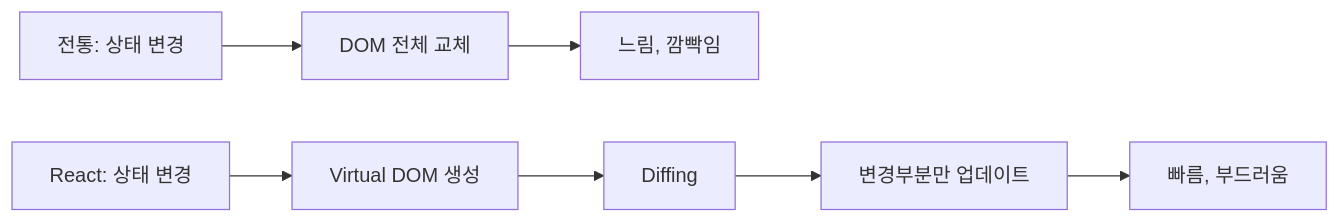
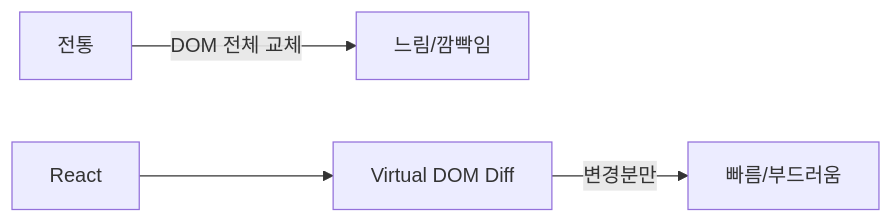
Before and after one commit to yjkim2015/yjkim2015.github.io: the first of 6 diagrams in _posts/frontend/2026-05-02-react-fundamentals.md, drawn with Mermaid. The commit also changed other lines of this file and 163 other files, not shown here.

First line of the commit message:
Mermaid 300개 블록 내용 축소: 5노드 5엣지 이하, 의미 있는 약어

````diff
--- a/_posts/frontend/2026-05-02-react-fundamentals.md
+++ b/_posts/frontend/2026-05-02-react-fundamentals.md
@@ -24,5 +24,6 @@
 ```mermaid
 graph LR
-    A["전통: 상태 변경"] --> B["DOM 전체 교체"] --> D["느림, 깜빡임"]
-    E["React: 상태 변경"] --> F["Virtual DOM 생성"] --> G["Diffing"] --> H["변경부분만 업데이트"] --> I["빠름, 부드러움"]
+    A["전통"] -->|"DOM 전체 교체"| B["느림/깜빡임"]
+    C["React"] --> D["Virtual DOM Diff"]
+    D -->|"변경분만"| E["빠름/부드러움"]
 ```
````
